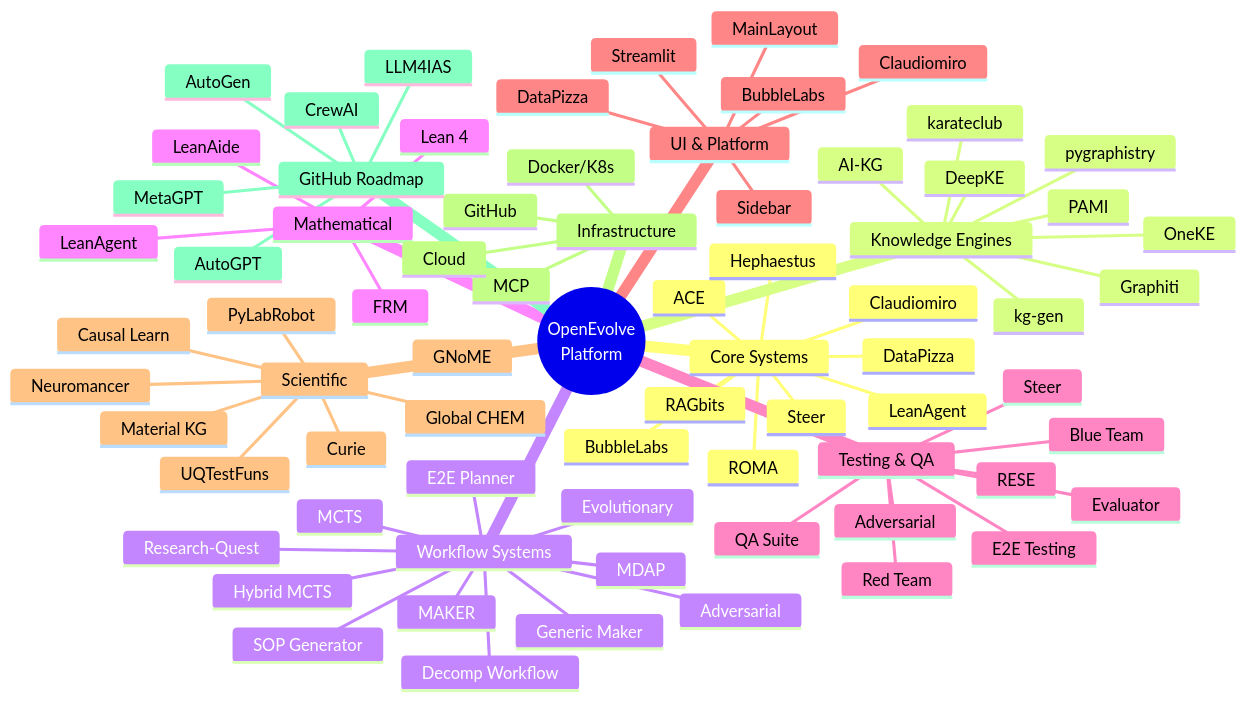
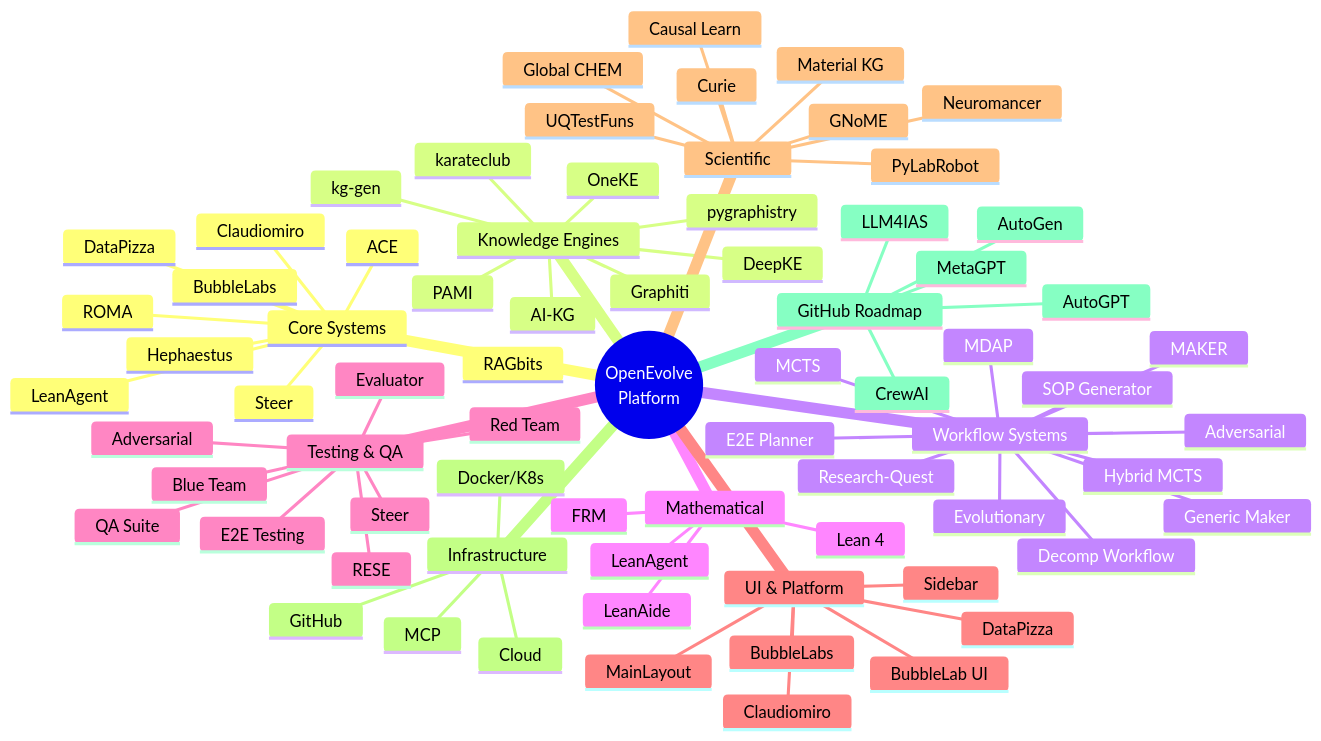
Before and after one commit to jazir555/OpenEvolveFrontend: the second of 28 diagrams in docs/integrations/INTEGRATION_ARCHITECTURE_MERMAID.md, drawn with Mermaid. The commit also changed other lines of this file and 273 other files, not shown here.

````diff
--- a/docs/integrations/INTEGRATION_ARCHITECTURE_MERMAID.md
+++ b/docs/integrations/INTEGRATION_ARCHITECTURE_MERMAID.md
@@ -209,76 +209,76 @@
 ```mermaid
 mindmap
     root((OpenEvolve<br/>Platform))
         Core Systems
             ACE
             Steer
             ROMA
             RAGbits
             LeanAgent
             Hephaestus
             BubbleLabs
             DataPizza
             Claudiomiro
         Knowledge Engines
             DeepKE
             AI-KG
             OneKE
             Graphiti
             kg-gen
             pygraphistry
             karateclub
             PAMI
         Workflow Systems
             MAKER
             MDAP
             MCTS
             Hybrid MCTS
             Evolutionary
             Adversarial
             Generic Maker
             Decomp Workflow
             E2E Planner
             SOP Generator
             Research-Quest
         Mathematical
             Lean 4
             LeanAide
             LeanAgent
             FRM
         Testing & QA
             Steer
             Evaluator
             Red Team
             Blue Team
             Adversarial
             QA Suite
             E2E Testing
             RESE
         UI & Platform
             BubbleLabs
-            Streamlit
+            BubbleLab UI
             Claudiomiro
             DataPizza
             MainLayout
             Sidebar
         Scientific
             Global CHEM
             Curie
             Neuromancer
             Causal Learn
             UQTestFuns
             Material KG
             GNoME
             PyLabRobot
         Infrastructure
             MCP
             Docker/K8s
             GitHub
             Cloud
         GitHub Roadmap
             CrewAI
             AutoGPT
             AutoGen
             MetaGPT
             LLM4IAS
 ```
````
